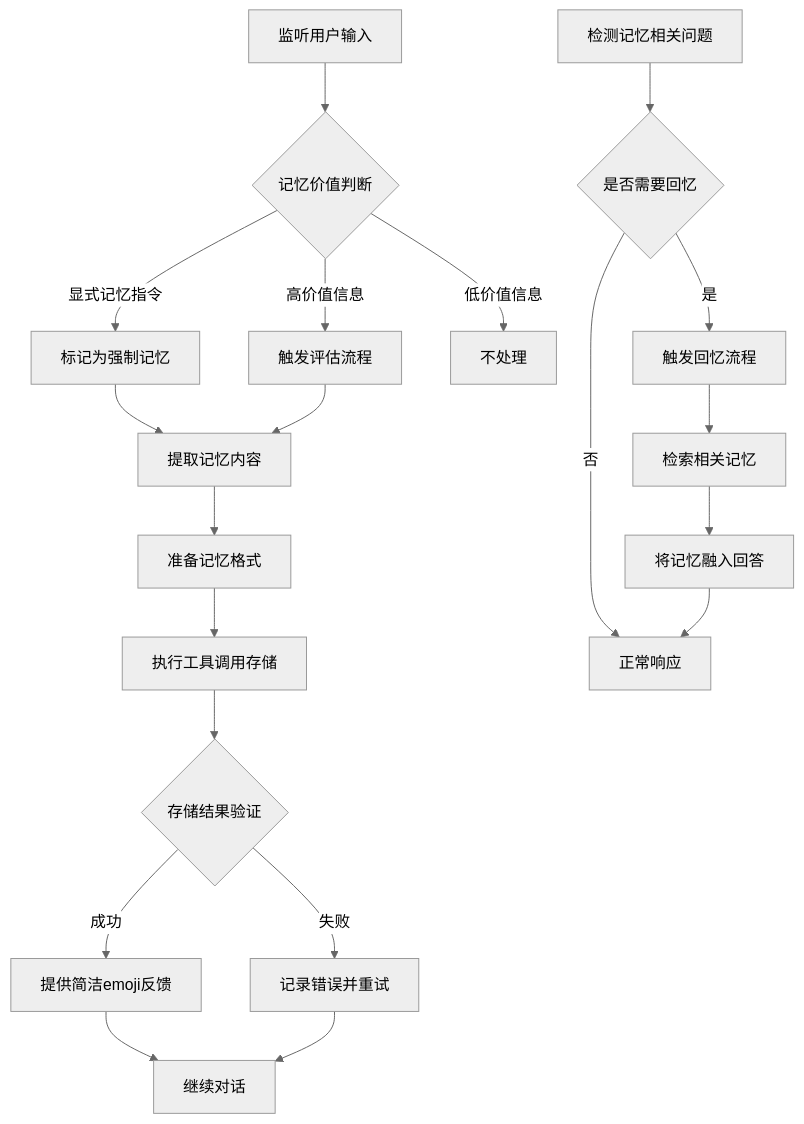
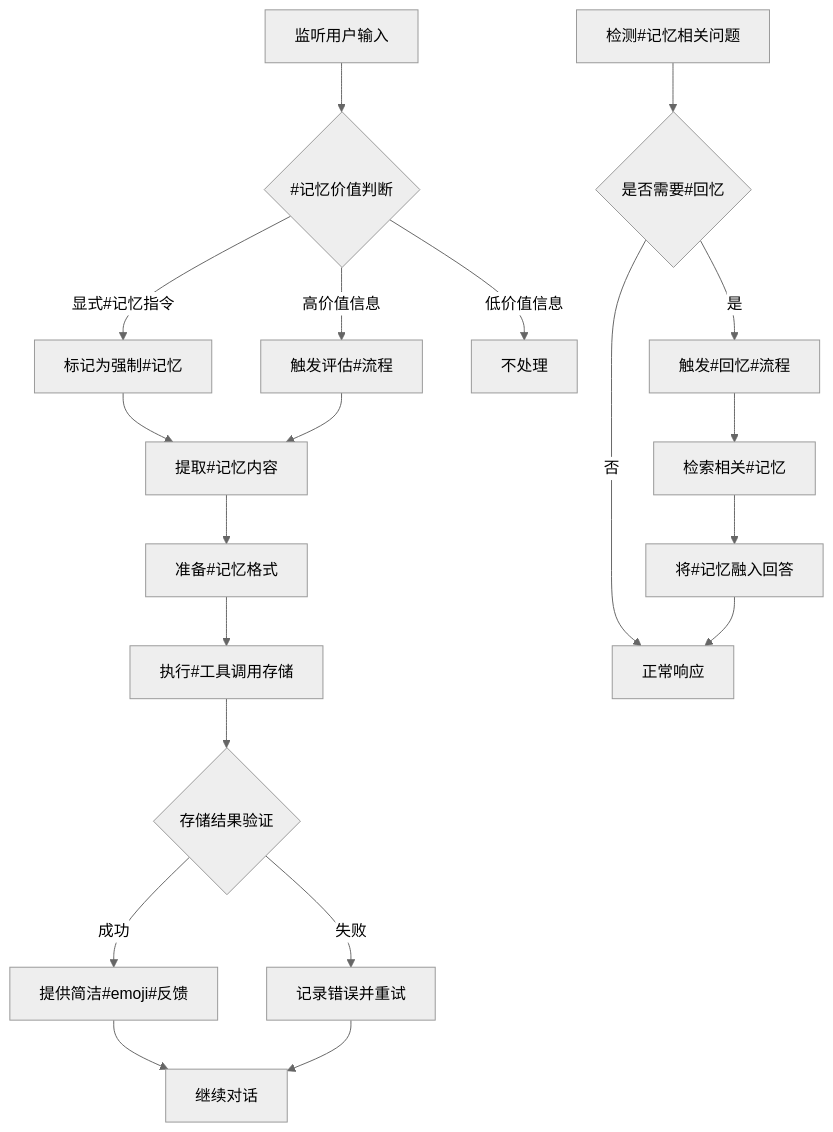
The third of 3 diagrams in core/execution/deal-memory.execution.md (yuyuan-cs/PromptX), drawn with Mermaid (neutral theme) before and after one commit. The commit also changed other lines of this file and 4 other files, not shown here.

````diff
--- a/core/execution/deal-memory.execution.md
+++ b/core/execution/deal-memory.execution.md
@@ -50,27 +50,27 @@
     ```mermaid
     flowchart TD
-      A[监听用户输入] --> B{记忆价值判断}
-      B -->|显式记忆指令| C[标记为强制记忆]
-      B -->|高价值信息| D[触发评估流程]
+      A[监听用户输入] --> B{#记忆价值判断}
+      B -->|显式#记忆指令| C[标记为强制#记忆]
+      B -->|高价值信息| D[触发评估#流程]
       B -->|低价值信息| E[不处理]
       
-      C --> F[提取记忆内容]
+      C --> F[提取#记忆内容]
       D --> F
       
-      F --> G[准备记忆格式]
-      G --> H[执行工具调用存储]
+      F --> G[准备#记忆格式]
+      G --> H[执行#工具调用存储]
       H --> I{存储结果验证}
-      I -->|成功| J[提供简洁emoji反馈]
+      I -->|成功| J[提供简洁#emoji#反馈]
       I -->|失败| K[记录错误并重试]
       
       J --> L[继续对话]
       K --> L
       
-      M[检测记忆相关问题] --> N{是否需要回忆}
-      N -->|是| O[触发回忆流程]
+      M[检测#记忆相关问题] --> N{是否需要#回忆}
+      N -->|是| O[触发#回忆#流程]
       N -->|否| P[正常响应]
       
-      O --> Q[检索相关记忆]
-      Q --> R[将记忆融入回答]
+      O --> Q[检索相关#记忆]
+      Q --> R[将#记忆融入回答]
       R --> P
     ```
````
